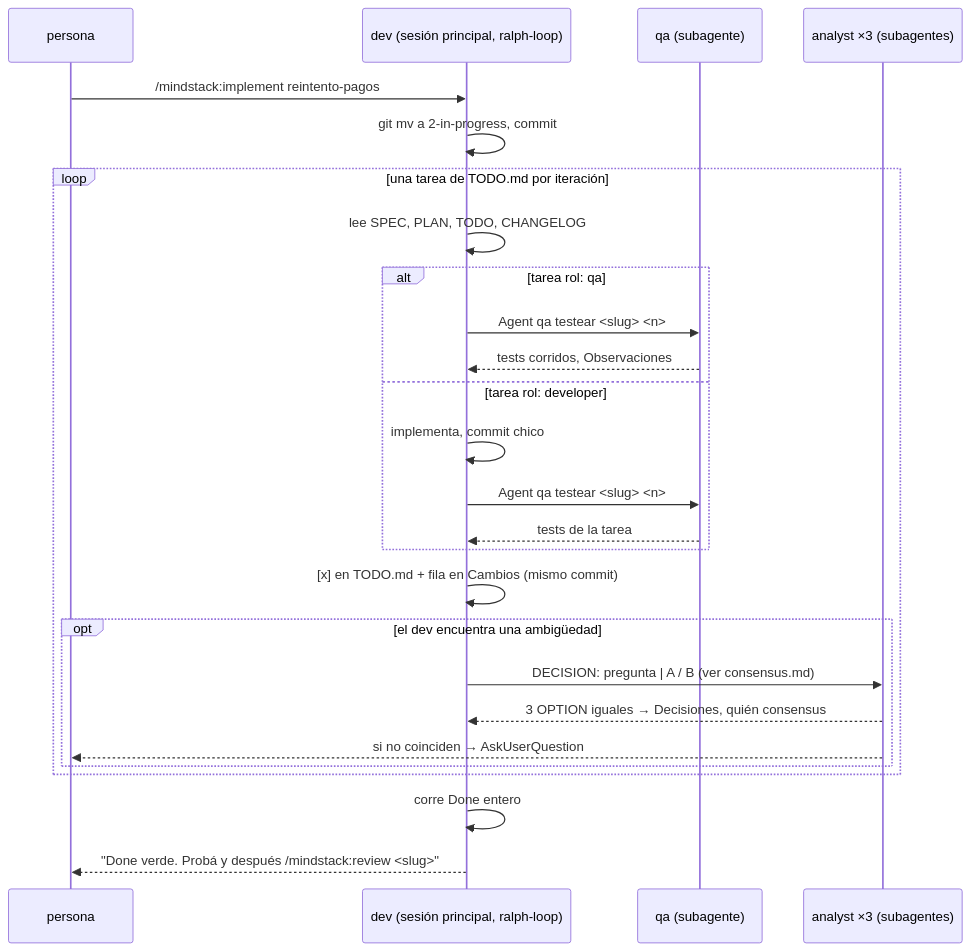
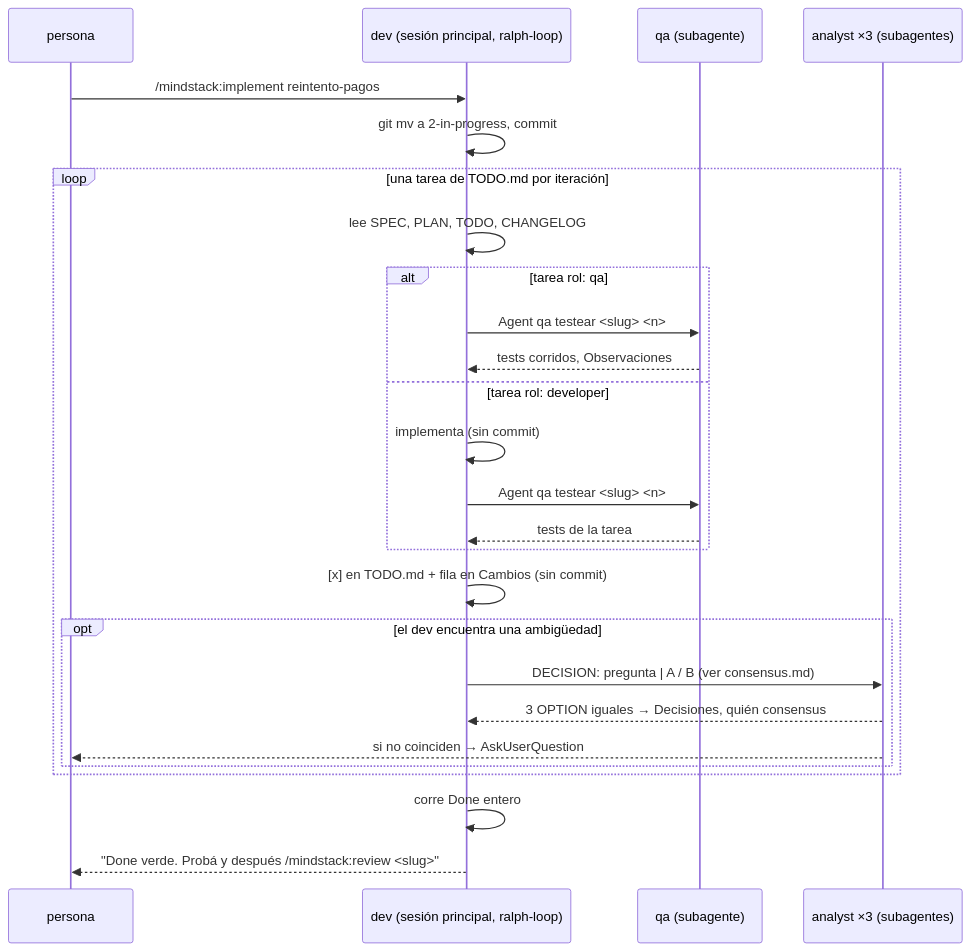
One commit to octavio-parozlabs/mindstack changed the diagram in skills/workflow/references/implement.md. Above: the diagram before and after it, drawn with Mermaid. The commit also changed other lines of this file and 40 other files, not shown here.

````diff
--- a/skills/workflow/references/implement.md
+++ b/skills/workflow/references/implement.md
@@ -5,28 +5,28 @@
 ```mermaid
 sequenceDiagram
     participant P as persona
     participant D as dev (sesión principal, ralph-loop)
     participant Q as qa (subagente)
     participant A as analyst ×3 (subagentes)
     P->>D: /mindstack:implement reintento-pagos
     D->>D: git mv a 2-in-progress, commit
     loop una tarea de TODO.md por iteración
         D->>D: lee SPEC, PLAN, TODO, CHANGELOG
         alt tarea rol: qa
             D->>Q: Agent qa testear <slug> <n>
             Q-->>D: tests corridos, Observaciones
         else tarea rol: developer
-            D->>D: implementa, commit chico
+            D->>D: implementa (sin commit)
             D->>Q: Agent qa testear <slug> <n>
             Q-->>D: tests de la tarea
         end
-        D->>D: [x] en TODO.md + fila en Cambios (mismo commit)
+        D->>D: [x] en TODO.md + fila en Cambios (sin commit)
         opt el dev encuentra una ambigüedad
             D->>A: DECISION: pregunta | A / B (ver consensus.md)
             A-->>D: 3 OPTION iguales → Decisiones, quién consensus
             A-->>P: si no coinciden → AskUserQuestion
         end
     end
     D->>D: corre Done entero
     D-->>P: "Done verde. Probá y después /mindstack:review <slug>"
 ```
````
